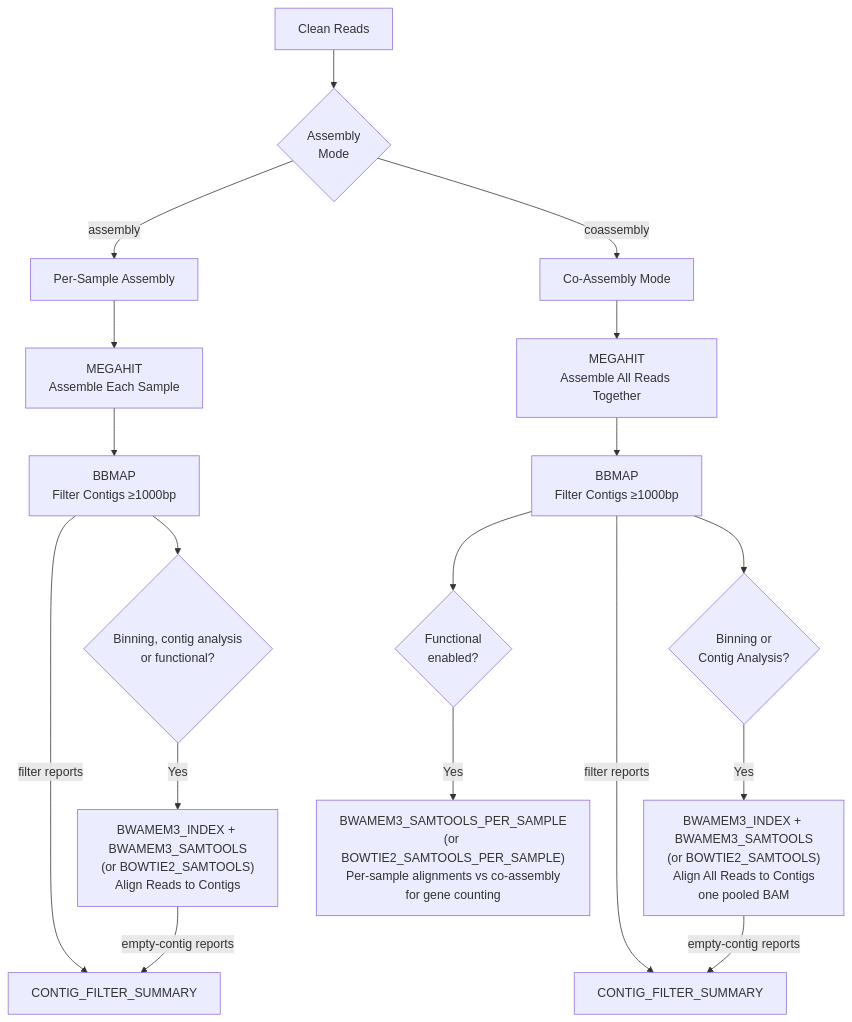
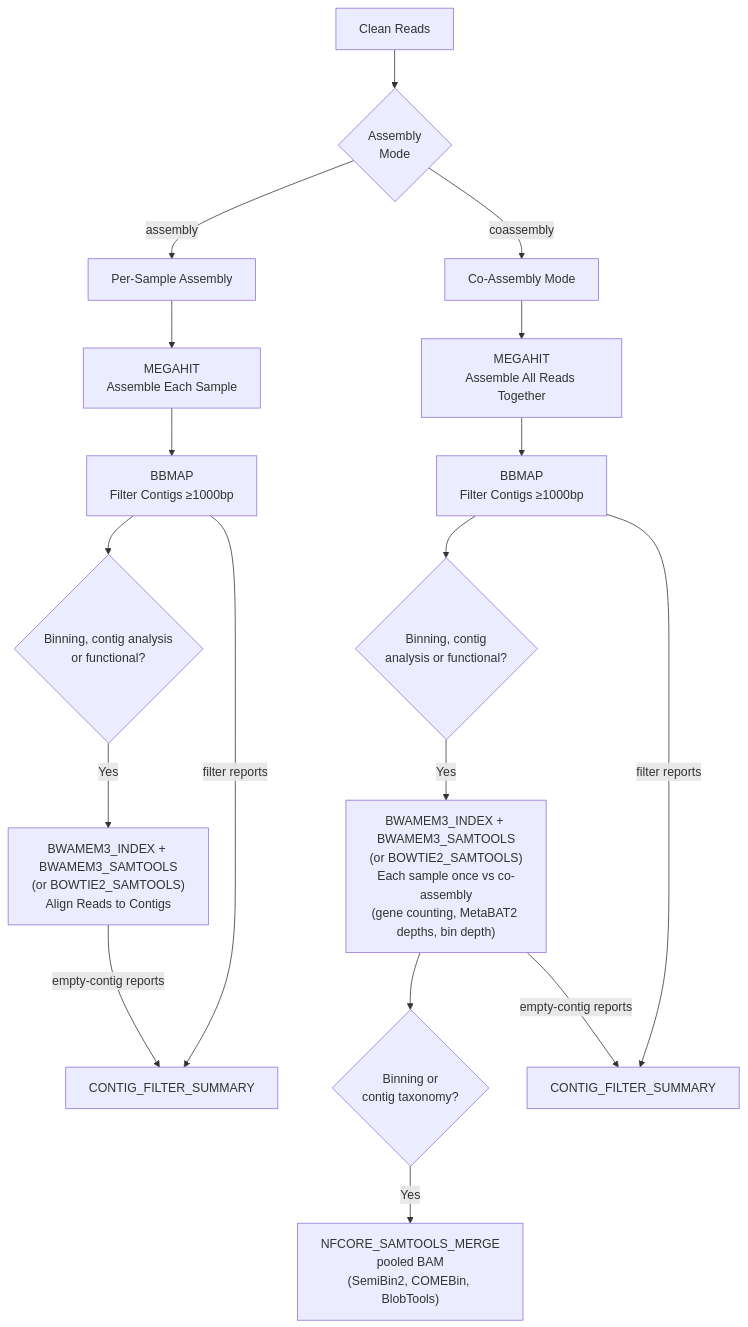
One commit to gene2dis/BugBuster changed the sixth of 8 diagrams in docs/WORKFLOW_DIAGRAM.md. Above: the diagram before and after it, drawn with Mermaid. The commit also changed other lines of this file and 3 other files, not shown here.

First line of the commit message:
docs: co-assembly maps each sample once (issue #28)

````diff
--- a/docs/WORKFLOW_DIAGRAM.md
+++ b/docs/WORKFLOW_DIAGRAM.md
@@ -213,22 +213,22 @@
 ```mermaid
 flowchart TD
     Reads[Clean Reads] --> Mode{Assembly<br/>Mode}
     
     Mode -->|assembly| PerSample[Per-Sample Assembly]
     PerSample --> MEGAHIT1[MEGAHIT<br/>Assemble Each Sample]
     MEGAHIT1 --> BBMAP1[BBMAP<br/>Filter Contigs ≥1000bp]
     BBMAP1 --> Align1{Binning, contig analysis<br/>or functional?}
     Align1 -->|Yes| Bowtie1["BWAMEM3_INDEX + BWAMEM3_SAMTOOLS<br/>(or BOWTIE2_SAMTOOLS)<br/>Align Reads to Contigs"]
     BBMAP1 -->|filter reports| Summary1[CONTIG_FILTER_SUMMARY]
     Bowtie1 -->|empty-contig reports| Summary1
     
     Mode -->|coassembly| CoAssembly[Co-Assembly Mode]
     CoAssembly --> MEGAHIT2[MEGAHIT<br/>Assemble All Reads Together]
     MEGAHIT2 --> BBMAP2[BBMAP<br/>Filter Contigs ≥1000bp]
-    BBMAP2 --> Align2{Binning or<br/>Contig Analysis?}
-    Align2 -->|Yes| Bowtie2["BWAMEM3_INDEX + BWAMEM3_SAMTOOLS<br/>(or BOWTIE2_SAMTOOLS)<br/>Align All Reads to Contigs<br/>one pooled BAM"]
-    BBMAP2 --> AlignFunc{Functional<br/>enabled?}
-    AlignFunc -->|Yes| BowtiePS["BWAMEM3_SAMTOOLS_PER_SAMPLE<br/>(or BOWTIE2_SAMTOOLS_PER_SAMPLE)<br/>Per-sample alignments vs co-assembly<br/>for gene counting"]
+    BBMAP2 --> Align2{Binning, contig<br/>analysis or functional?}
+    Align2 -->|Yes| Bowtie2["BWAMEM3_INDEX + BWAMEM3_SAMTOOLS<br/>(or BOWTIE2_SAMTOOLS)<br/>Each sample once vs co-assembly<br/>(gene counting, MetaBAT2 depths, bin depth)"]
+    Bowtie2 --> Merge{Binning or<br/>contig taxonomy?}
+    Merge -->|Yes| Pooled["NFCORE_SAMTOOLS_MERGE<br/>pooled BAM<br/>(SemiBin2, COMEBin, BlobTools)"]
     BBMAP2 -->|filter reports| Summary2[CONTIG_FILTER_SUMMARY]
     Bowtie2 -->|empty-contig reports| Summary2
 ```
````
